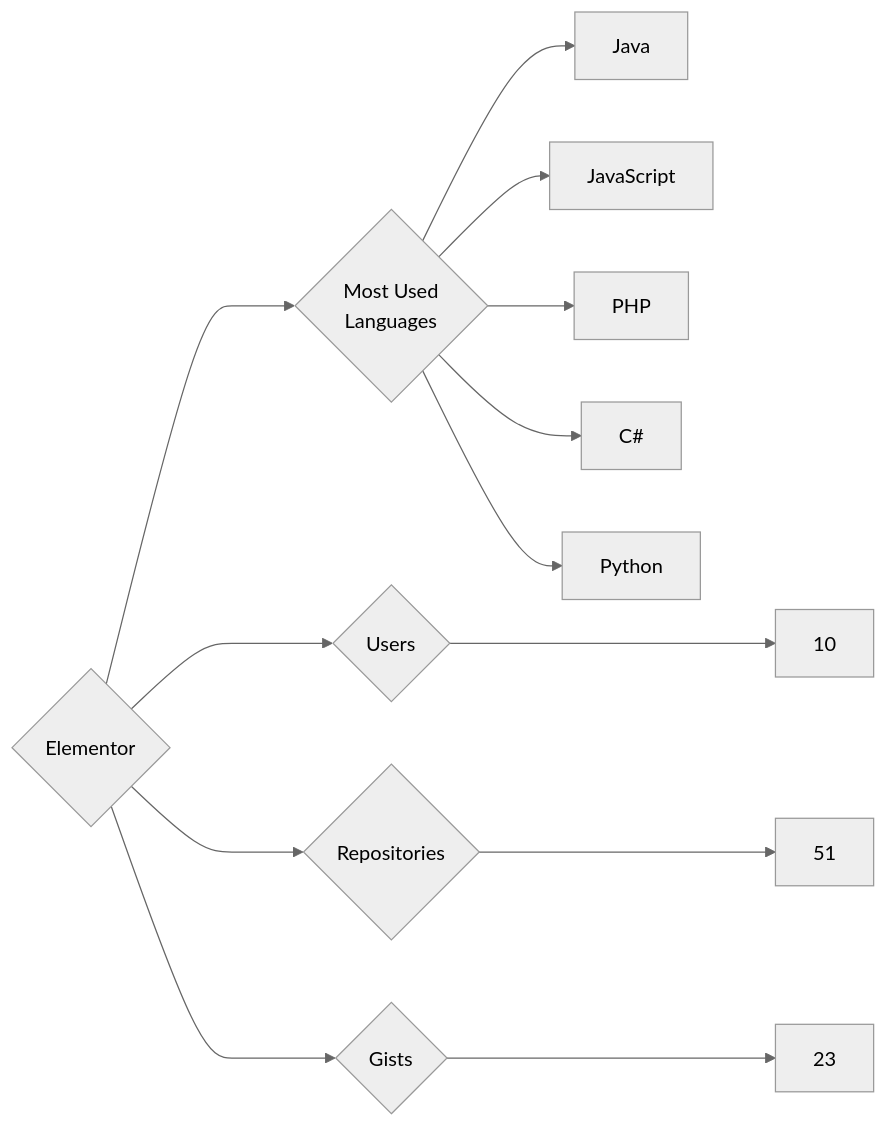
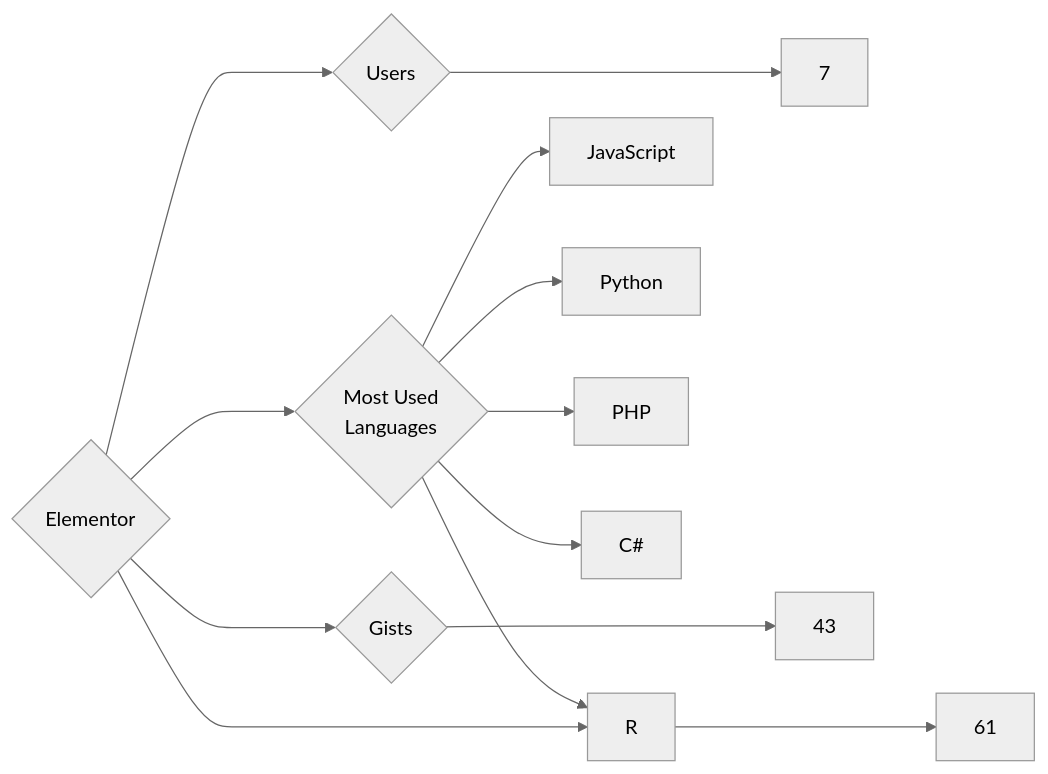
One commit to trickest/insiders changed the diagram in targets/Elementor/README.md. Above: the diagram before and after it, drawn with Mermaid (neutral theme). The commit also changed 934 other files, not shown here.

````diff
--- a/targets/Elementor/README.md
+++ b/targets/Elementor/README.md
@@ -3,13 +3,13 @@
 ```mermaid
 graph LR
 COMPANY_NAME{Elementor}
-COMPANY_NAME ---> U{Users} ---> UN[10]
-COMPANY_NAME ---> R{Repositories} ---> RN[51]
-COMPANY_NAME ---> G{Gists} ---> GN[23]
+COMPANY_NAME ---> U{Users} ---> UN[7]
+COMPANY_NAME ---> R{Repositories} ---> RN[61]
+COMPANY_NAME ---> G{Gists} ---> GN[43]
 COMPANY_NAME ---> ML{Most Used<br>Languages}
-ML --> Java[Java]
 ML --> JavaScript[JavaScript]
+ML --> R[R]
+ML --> Python[Python]
 ML --> PHP[PHP]
 ML --> C#[C#]
-ML --> Python[Python]
 ```
````
